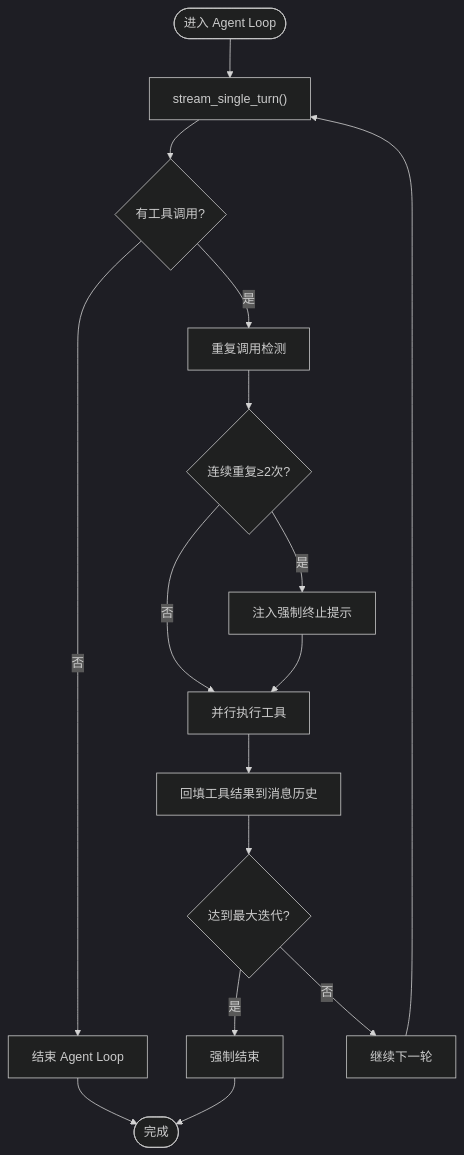
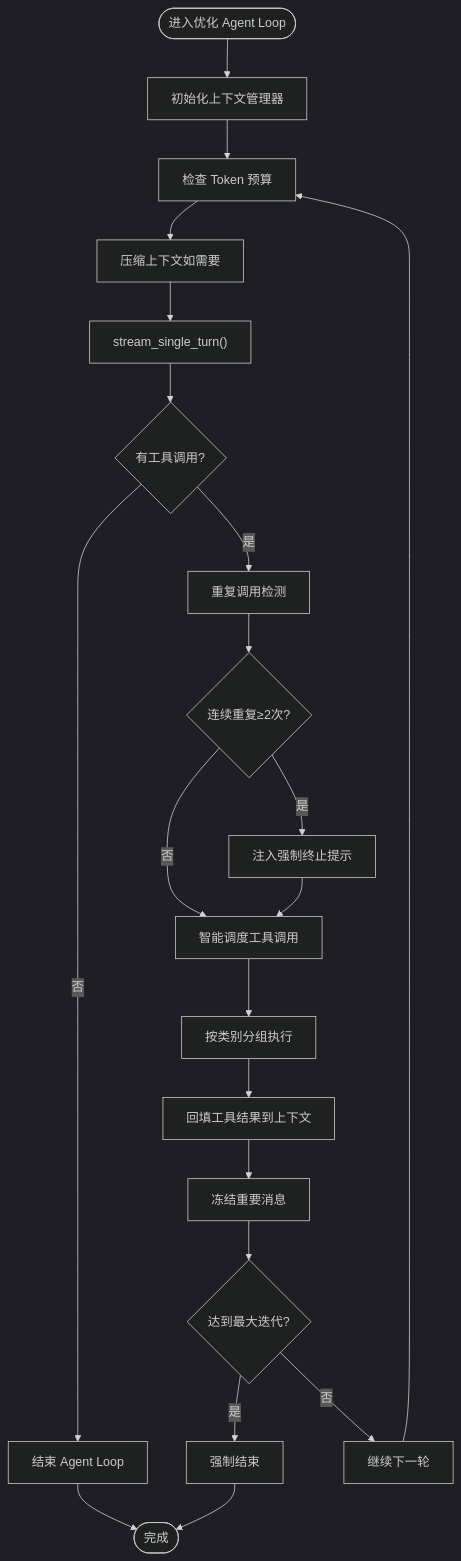
One commit to baike08/cosurf changed the sixth of 8 diagrams in .qoder/repowiki/zh/content/AI 代理系统/流式对话机制.md. Above: the diagram before and after it, drawn with Mermaid (dark theme). The commit also changed other lines of this file and 15 other files, not shown here.

````diff
--- a/.qoder/repowiki/zh/content/AI 代理系统/流式对话机制.md
+++ b/.qoder/repowiki/zh/content/AI 代理系统/流式对话机制.md
@@ -181,18 +272,23 @@
 ```mermaid
 flowchart TD
-Enter(["进入 Agent Loop"]) --> SingleTurn["stream_single_turn()"]
+Enter(["进入优化 Agent Loop"]) --> InitCtx["初始化上下文管理器"]
+InitCtx --> CheckBudget["检查 Token 预算"]
+CheckBudget --> Compress["压缩上下文如需要"]
+Compress --> SingleTurn["stream_single_turn()"]
 SingleTurn --> HasTC{"有工具调用?"}
 HasTC --> |否| EndLoop["结束 Agent Loop"]
 HasTC --> |是| RepeatCheck["重复调用检测"]
 RepeatCheck --> Repeat{"连续重复≥2次?"}
 Repeat --> |是| Inject["注入强制终止提示"]
-Repeat --> |否| Parallel["并行执行工具"]
-Inject --> Parallel
-Parallel --> Backfill["回填工具结果到消息历史"]
-Backfill --> MaxIter{"达到最大迭代?"}
+Repeat --> |否| Schedule["智能调度工具调用"]
+Inject --> Schedule
+Schedule --> ExecGroup["按类别分组执行"]
+ExecGroup --> Backfill["回填工具结果到上下文"]
+Backfill --> FreezeImportant["冻结重要消息"]
+FreezeImportant --> MaxIter{"达到最大迭代?"}
 MaxIter --> |是| Stop["强制结束"]
 MaxIter --> |否| NextRound["继续下一轮"]
-NextRound --> SingleTurn
+NextRound --> CheckBudget
 EndLoop --> Done(["完成"])
 Stop --> Done
 ```
````
